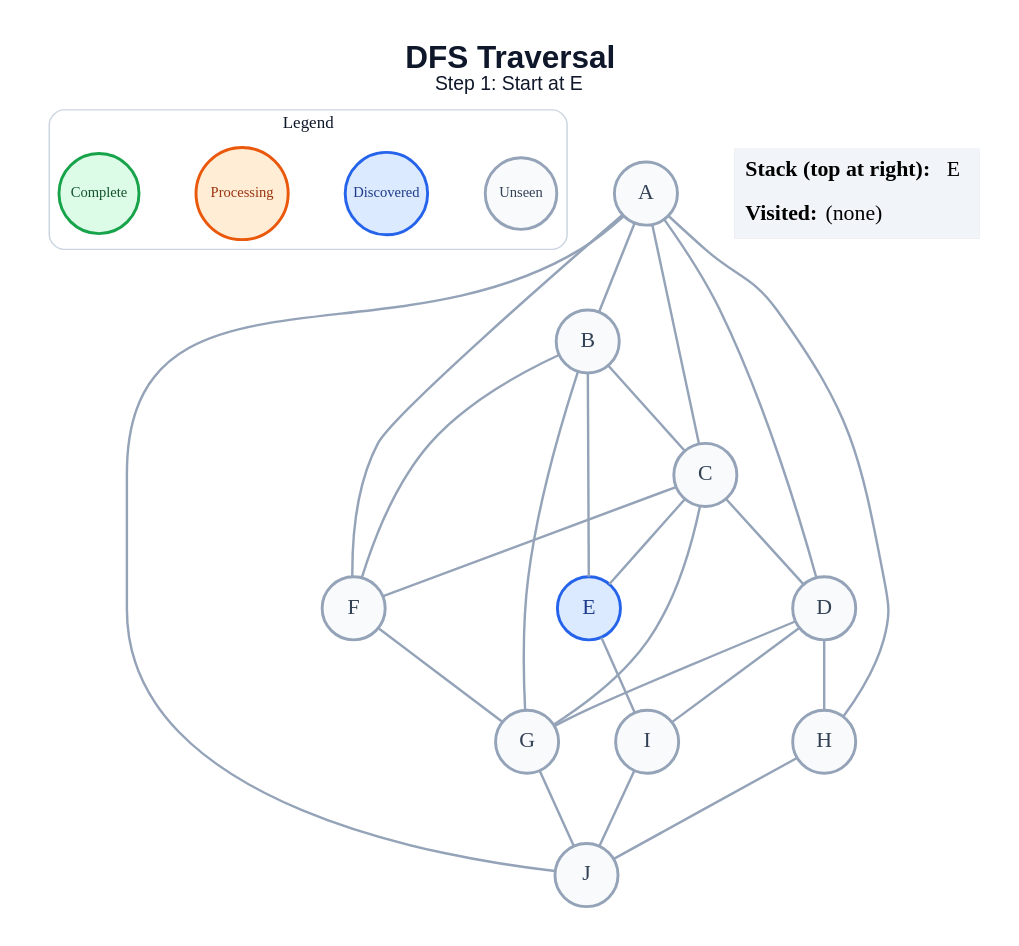
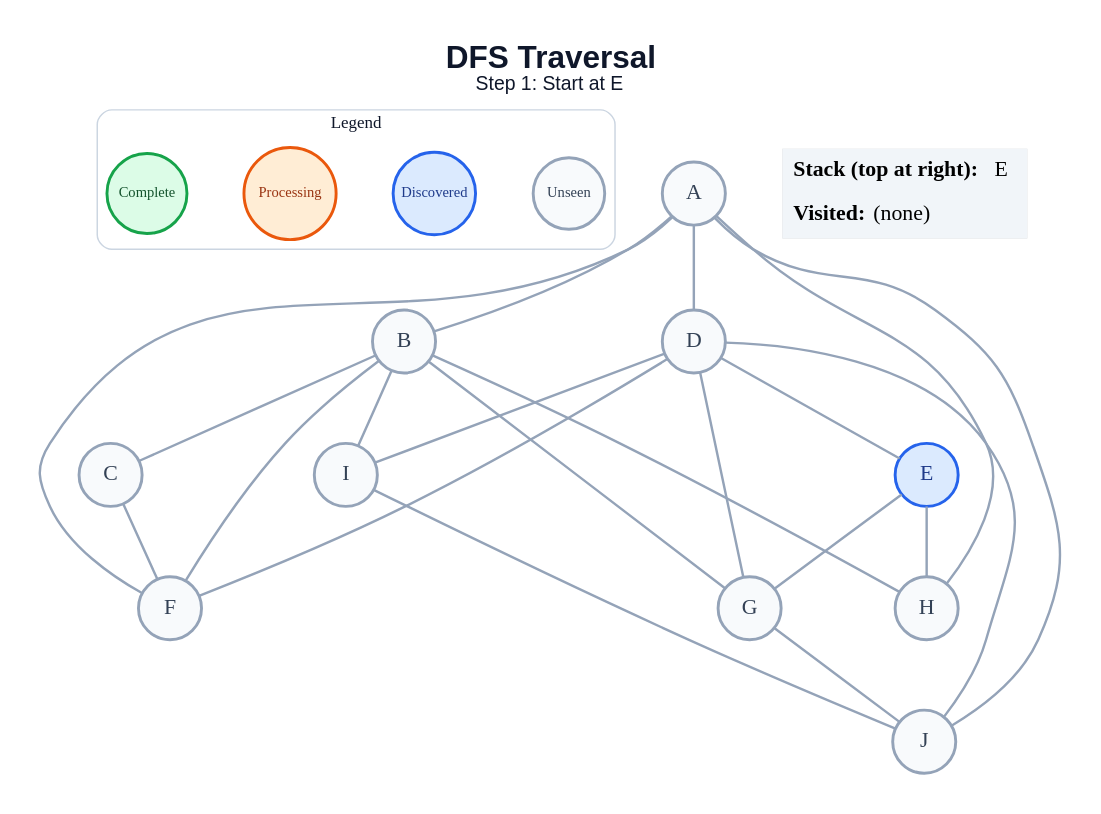
Before and after one commit to amanghodawala9/ai-slop: the diagram in generated/specific-node/dfs/step_01.dot, drawn with Graphviz. The commit also changed 178 other files, not shown here.

```diff
--- a/generated/specific-node/dfs/step_01.dot
+++ b/generated/specific-node/dfs/step_01.dot
@@ -1,51 +1,49 @@
 graph traversal {
   graph [layout=dot, rankdir=TB, bgcolor="#FFFFFF", pad="0.35", nodesep="0.65", ranksep="0.8", fontname="Arial"];
   node [shape=circle, style="filled", fontname="Arial Bold", fontsize=18, width=0.72, fixedsize=true, penwidth=2.4];
   edge [color="#94A3B8", penwidth=2.0];
   label=<<B>DFS Traversal</B><BR/><FONT POINT-SIZE="16">Step 1: Start at E</FONT>>; labelloc="t"; fontsize=26; fontname="Arial"; fontcolor="#0F172A";
   subgraph cluster_legend { label="Legend"; color="#CBD5E1"; penwidth=1.2; style="rounded"; fontsize=14; fontname="Arial Bold";
     key_unseen [label="Unseen", fillcolor="#F8FAFC", color="#94A3B8", fontcolor="#334155", fontsize=12, width=0.82];
     key_frontier [label="Discovered", fillcolor="#DBEAFE", color="#2563EB", fontcolor="#1E3A8A", fontsize=12, width=0.95];
     key_current [label="Processing", fillcolor="#FFEDD5", color="#EA580C", fontcolor="#9A3412", fontsize=12, width=1.05];
     key_done [label="Complete", fillcolor="#DCFCE7", color="#16A34A", fontcolor="#14532D", fontsize=12, width=0.92];
     { rank=same; key_unseen; key_frontier; key_current; key_done; }
   }
   A [fillcolor="#F8FAFC", color="#94A3B8", fontcolor="#334155"];
   B [fillcolor="#F8FAFC", color="#94A3B8", fontcolor="#334155"];
   C [fillcolor="#F8FAFC", color="#94A3B8", fontcolor="#334155"];
   D [fillcolor="#F8FAFC", color="#94A3B8", fontcolor="#334155"];
   E [fillcolor="#DBEAFE", color="#2563EB", fontcolor="#1E3A8A"];
   F [fillcolor="#F8FAFC", color="#94A3B8", fontcolor="#334155"];
   G [fillcolor="#F8FAFC", color="#94A3B8", fontcolor="#334155"];
   H [fillcolor="#F8FAFC", color="#94A3B8", fontcolor="#334155"];
   I [fillcolor="#F8FAFC", color="#94A3B8", fontcolor="#334155"];
   J [fillcolor="#F8FAFC", color="#94A3B8", fontcolor="#334155"];
   A -- B;
-  A -- C;
   A -- D;
   A -- F;
   A -- H;
   A -- J;
   B -- C;
-  B -- E;
   B -- F;
   B -- G;
-  C -- D;
-  C -- E;
+  B -- H;
+  B -- I;
   C -- F;
-  C -- G;
+  D -- E;
+  D -- F;
   D -- G;
-  D -- H;
   D -- I;
-  E -- I;
-  F -- G;
+  D -- J;
+  E -- G;
+  E -- H;
   G -- J;
-  H -- J;
   I -- J;
   status [shape=plain, fixedsize=false, width=0, height=0, margin=0, label=<
     <TABLE BORDER="0" CELLBORDER="0" CELLPADDING="7" BGCOLOR="#F1F5F9">
       <TR><TD ALIGN="LEFT"><B>Stack (top at right):</B> E</TD></TR>
       <TR><TD ALIGN="LEFT"><B>Visited:</B> (none)</TD></TR>
     </TABLE>
   >];
 }
```
